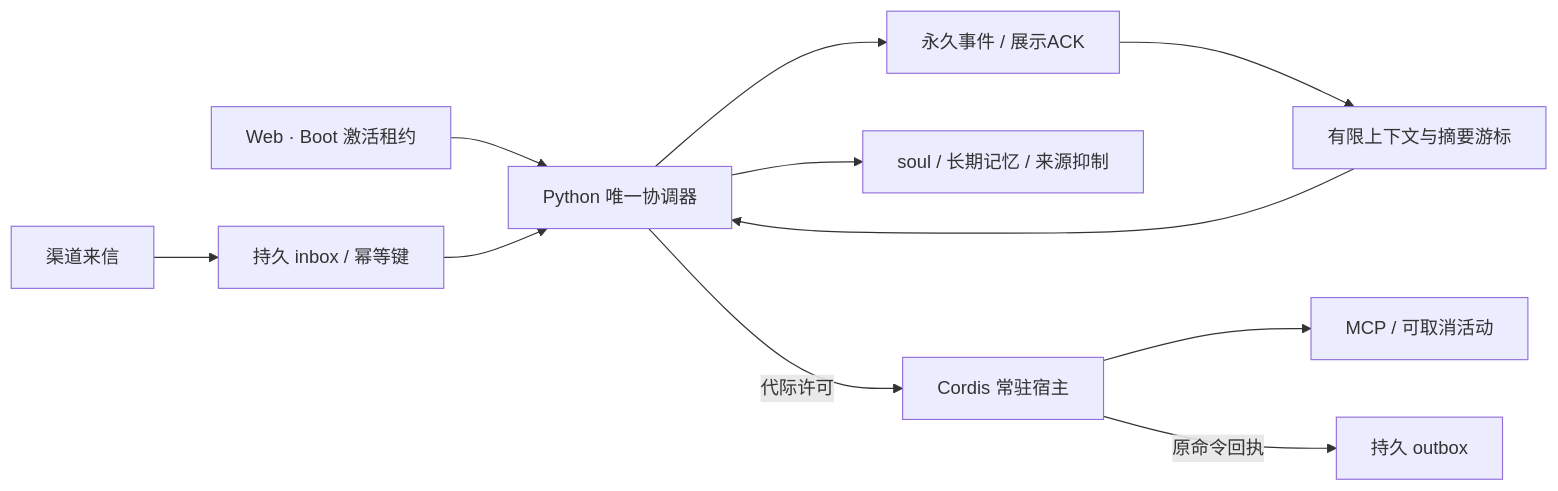
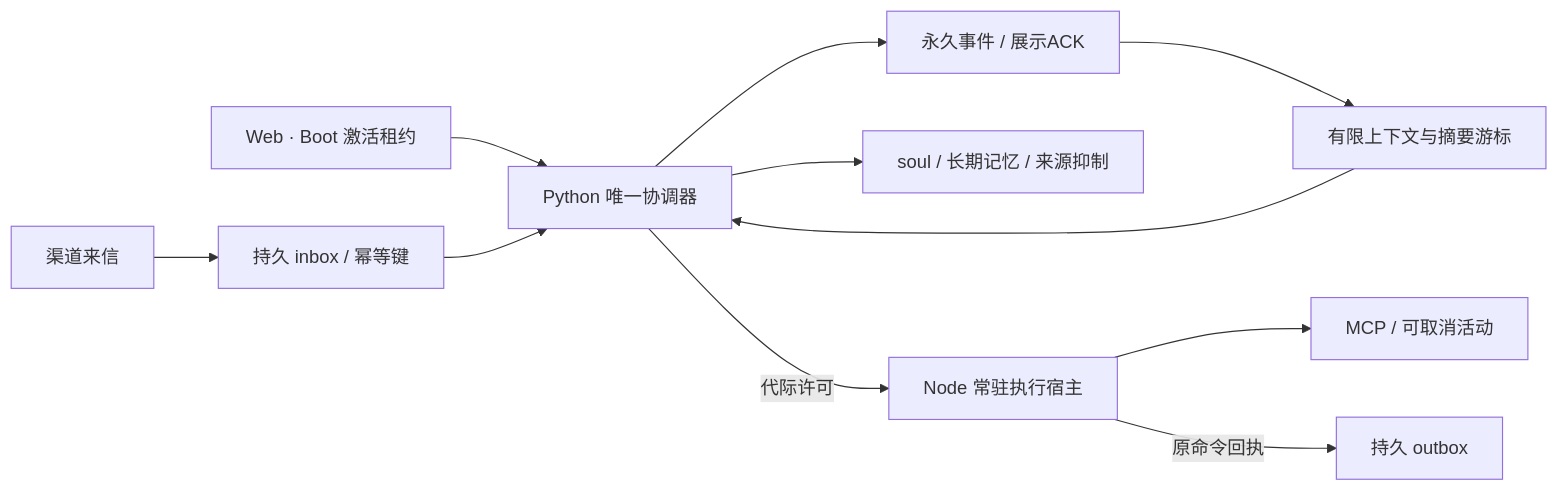
The diagram in docs/development/v3-runtime.md (Momoyeyu/momo-web), drawn with Mermaid before and after one commit. The commit also changed other lines of this file and 19 other files, not shown here.

````diff
--- a/docs/development/v3-runtime.md
+++ b/docs/development/v3-runtime.md
@@ -3,13 +3,13 @@
 ```mermaid
 flowchart LR
   W[Web · Boot 激活租约] --> C[Python 唯一协调器]
   V[渠道来信] --> I[持久 inbox / 幂等键]
   I --> C
   C --> H[永久事件 / 展示ACK]
   H --> P[有限上下文与摘要游标]
   P --> C
   C --> M[soul / 长期记忆 / 来源抑制]
-  C -->|代际许可| N[Cordis 常驻宿主]
+  C -->|代际许可| N[Node 常驻执行宿主]
   N --> T[MCP / 可取消活动]
   N -->|原命令回执| O[持久 outbox]
 ```
````
